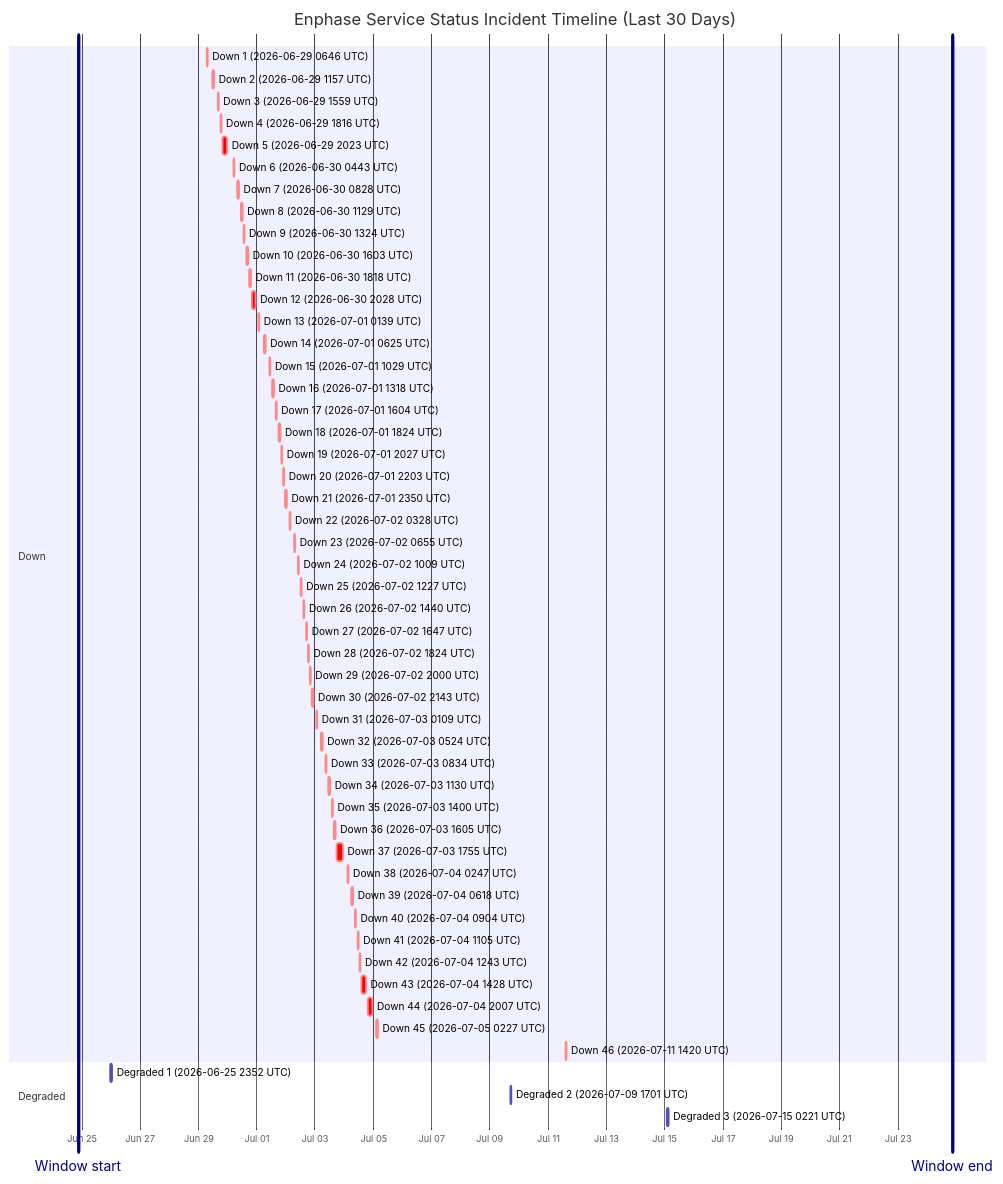
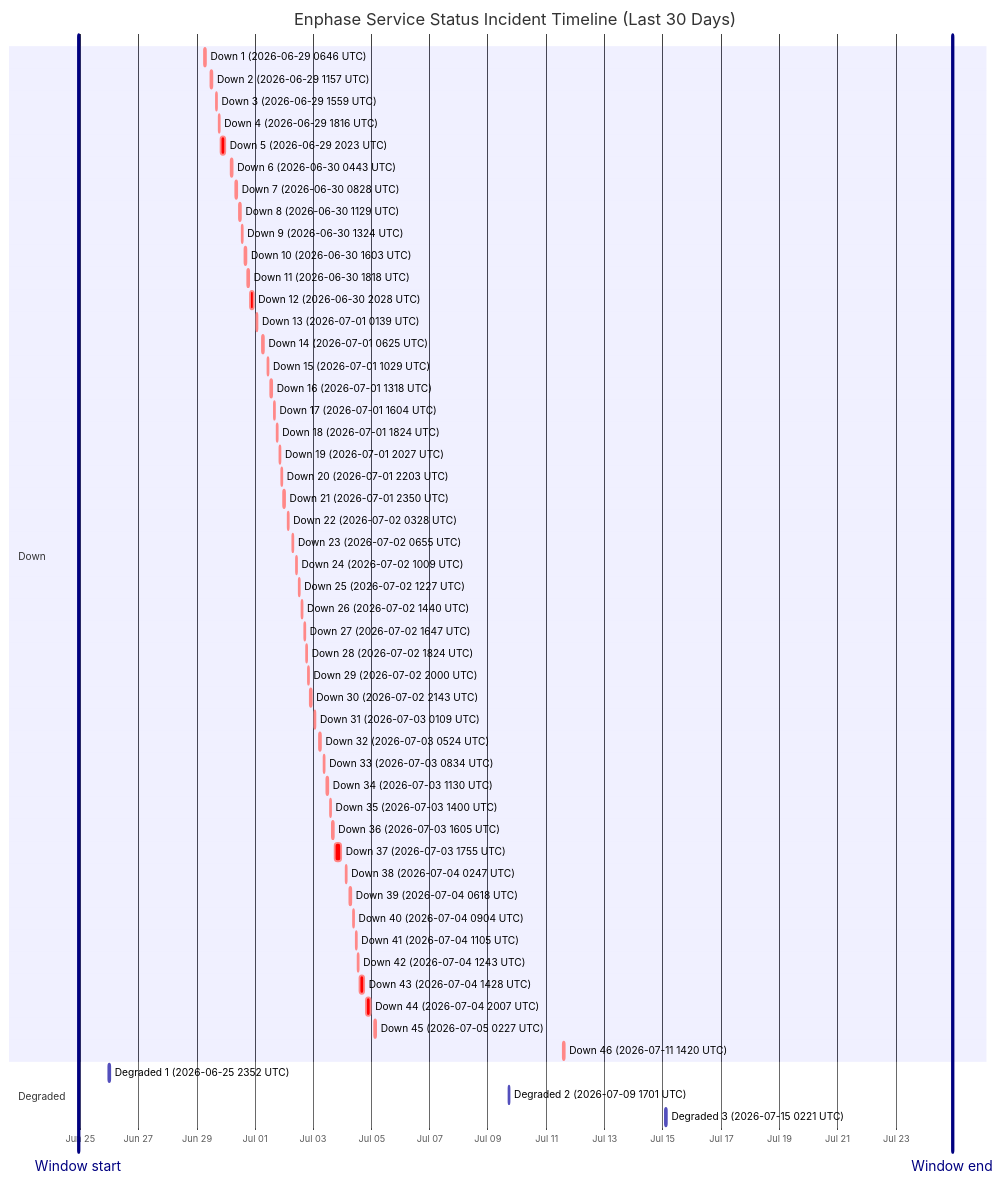
Before and after one commit to barneyonline/ha-enphase-energy: the diagram in wiki/Service-Status-History.md, drawn with Mermaid. The commit also changed other lines of this file and 3 other files, not shown here.

````diff
--- a/wiki/Service-Status-History.md
+++ b/wiki/Service-Status-History.md
@@ -14,59 +14,59 @@
 ```mermaid
 gantt
     title Enphase Service Status Incident Timeline (Last 30 Days)
     dateFormat  YYYY-MM-DDTHH:mm:ss
     axisFormat  %b %d
-    Window start :vert, window-start, 2026-06-24T21:01:29, 0ms
-    Window end :vert, window-end, 2026-07-24T21:01:29, 0ms
+    Window start :vert, window-start, 2026-06-24T22:33:55, 0ms
+    Window end :vert, window-end, 2026-07-24T22:33:55, 0ms
     section Down
     Down 1 (2026-06-29 0646 UTC) :crit, down-1, 2026-06-29T06:46:18, 60m
     Down 2 (2026-06-29 1157 UTC) :crit, down-2, 2026-06-29T11:57:36, 60m
     Down 3 (2026-06-29 1559 UTC) :crit, down-3, 2026-06-29T15:59:02, 60m
     Down 4 (2026-06-29 1816 UTC) :crit, down-4, 2026-06-29T18:16:38, 60m
     Down 5 (2026-06-29 2023 UTC) :crit, down-5, 2026-06-29T20:23:16, 220m
     Down 6 (2026-06-30 0443 UTC) :crit, down-6, 2026-06-30T04:43:54, 60m
     Down 7 (2026-06-30 0828 UTC) :crit, down-7, 2026-06-30T08:28:43, 60m
     Down 8 (2026-06-30 1129 UTC) :crit, down-8, 2026-06-30T11:29:15, 60m
     Down 9 (2026-06-30 1324 UTC) :crit, down-9, 2026-06-30T13:24:25, 60m
     Down 10 (2026-06-30 1603 UTC) :crit, down-10, 2026-06-30T16:03:26, 60m
     Down 11 (2026-06-30 1818 UTC) :crit, down-11, 2026-06-30T18:18:39, 60m
     Down 12 (2026-06-30 2028 UTC) :crit, down-12, 2026-06-30T20:28:54, 171m
     Down 13 (2026-07-01 0139 UTC) :crit, down-13, 2026-07-01T01:39:18, 60m
     Down 14 (2026-07-01 0625 UTC) :crit, down-14, 2026-07-01T06:25:35, 60m
     Down 15 (2026-07-01 1029 UTC) :crit, down-15, 2026-07-01T10:29:24, 60m
     Down 16 (2026-07-01 1318 UTC) :crit, down-16, 2026-07-01T13:18:31, 60m
     Down 17 (2026-07-01 1604 UTC) :crit, down-17, 2026-07-01T16:04:29, 60m
     Down 18 (2026-07-01 1824 UTC) :crit, down-18, 2026-07-01T18:24:21, 60m
     Down 19 (2026-07-01 2027 UTC) :crit, down-19, 2026-07-01T20:27:17, 60m
     Down 20 (2026-07-01 2203 UTC) :crit, down-20, 2026-07-01T22:03:46, 60m
     Down 21 (2026-07-01 2350 UTC) :crit, down-21, 2026-07-01T23:50:52, 60m
     Down 22 (2026-07-02 0328 UTC) :crit, down-22, 2026-07-02T03:28:33, 60m
     Down 23 (2026-07-02 0655 UTC) :crit, down-23, 2026-07-02T06:55:07, 60m
     Down 24 (2026-07-02 1009 UTC) :crit, down-24, 2026-07-02T10:09:15, 60m
     Down 25 (2026-07-02 1227 UTC) :crit, down-25, 2026-07-02T12:27:49, 60m
     Down 26 (2026-07-02 1440 UTC) :crit, down-26, 2026-07-02T14:40:53, 60m
     Down 27 (2026-07-02 1647 UTC) :crit, down-27, 2026-07-02T16:47:47, 60m
     Down 28 (2026-07-02 1824 UTC) :crit, down-28, 2026-07-02T18:24:26, 60m
     Down 29 (2026-07-02 2000 UTC) :crit, down-29, 2026-07-02T20:00:57, 60m
     Down 30 (2026-07-02 2143 UTC) :crit, down-30, 2026-07-02T21:43:52, 80m
     Down 31 (2026-07-03 0109 UTC) :crit, down-31, 2026-07-03T01:09:19, 60m
     Down 32 (2026-07-03 0524 UTC) :crit, down-32, 2026-07-03T05:24:23, 60m
     Down 33 (2026-07-03 0834 UTC) :crit, down-33, 2026-07-03T08:34:05, 60m
     Down 34 (2026-07-03 1130 UTC) :crit, down-34, 2026-07-03T11:30:41, 60m
     Down 35 (2026-07-03 1400 UTC) :crit, down-35, 2026-07-03T14:00:48, 60m
     Down 36 (2026-07-03 1605 UTC) :crit, down-36, 2026-07-03T16:05:49, 60m
     Down 37 (2026-07-03 1755 UTC) :crit, down-37, 2026-07-03T17:55:54, 338m
     Down 38 (2026-07-04 0247 UTC) :crit, down-38, 2026-07-04T02:47:22, 60m
     Down 39 (2026-07-04 0618 UTC) :crit, down-39, 2026-07-04T06:18:09, 60m
     Down 40 (2026-07-04 0904 UTC) :crit, down-40, 2026-07-04T09:04:41, 60m
     Down 41 (2026-07-04 1105 UTC) :crit, down-41, 2026-07-04T11:05:21, 60m
     Down 42 (2026-07-04 1243 UTC) :crit, down-42, 2026-07-04T12:43:25, 60m
     Down 43 (2026-07-04 1428 UTC) :crit, down-43, 2026-07-04T14:28:07, 243m
     Down 44 (2026-07-04 2007 UTC) :crit, down-44, 2026-07-04T20:07:50, 206m
     Down 45 (2026-07-05 0227 UTC) :crit, down-45, 2026-07-05T02:27:32, 109m
     Down 46 (2026-07-11 1420 UTC) :crit, down-46, 2026-07-11T14:20:54, 69m
     section Degraded
     Degraded 1 (2026-06-25 2352 UTC) :active, degraded-1, 2026-06-25T23:52:01, 60m
     Degraded 2 (2026-07-09 1701 UTC) :active, degraded-2, 2026-07-09T17:01:02, 60m
     Degraded 3 (2026-07-15 0221 UTC) :active, degraded-3, 2026-07-15T02:21:35, 60m
 ```
````
